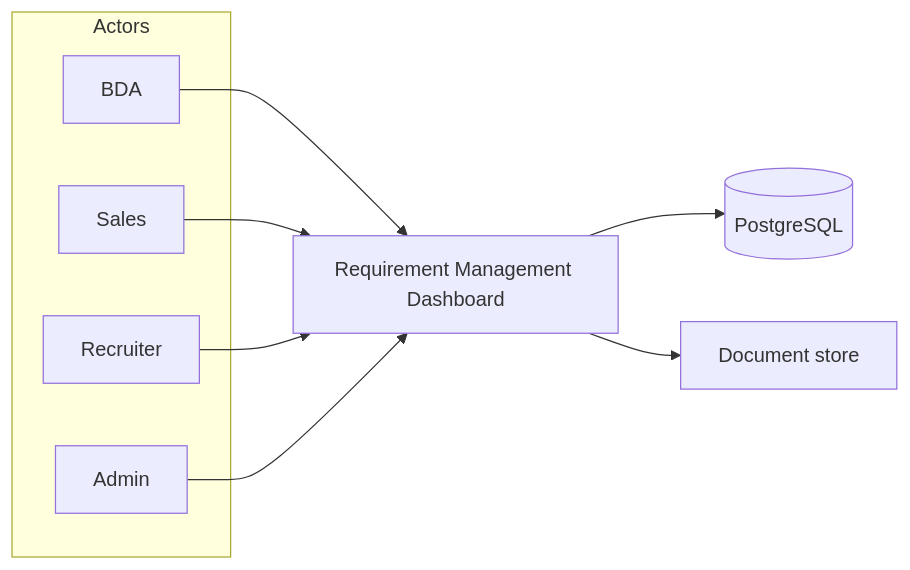
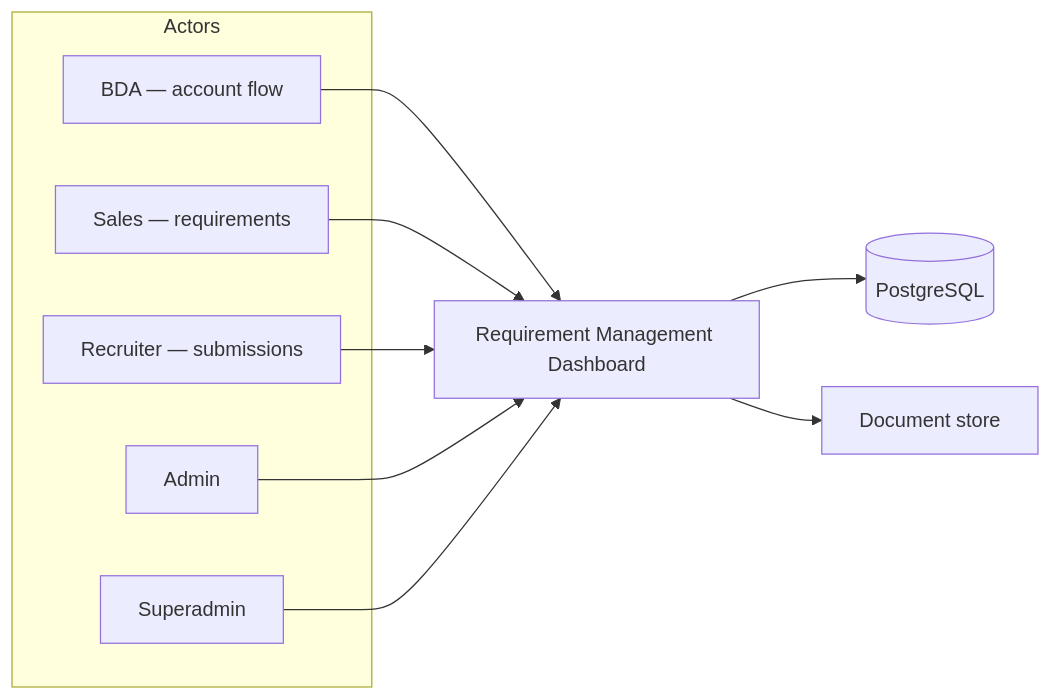
One commit to deepanshu-chauhan-delphic/delphic-one changed the first of 9 diagrams in docs/architecture/ARCHITECTURE-OVERVIEW.md. Above: the diagram before and after it, drawn with Mermaid. The commit also changed other lines of this file and 6 other files, not shown here.

First line of the commit message:
docs: refresh architecture diagrams for BDA team-wide accounts

````diff
--- a/docs/architecture/ARCHITECTURE-OVERVIEW.md
+++ b/docs/architecture/ARCHITECTURE-OVERVIEW.md
@@ -45,19 +45,21 @@
 ```mermaid
 flowchart LR
   subgraph Actors
-    BDA[BDA]
-    Sales[Sales]
-    Rec[Recruiter]
+    BDA[BDA — account flow]
+    Sales[Sales — requirements]
+    Rec[Recruiter — submissions]
     Admin[Admin]
+    Super[Superadmin]
   end
 
   RMD[Requirement Management Dashboard]
 
   BDA --> RMD
   Sales --> RMD
   Rec --> RMD
   Admin --> RMD
+  Super --> RMD
 
   RMD --> PG[(PostgreSQL)]
   RMD --> Files[Document store]
 ```
````
